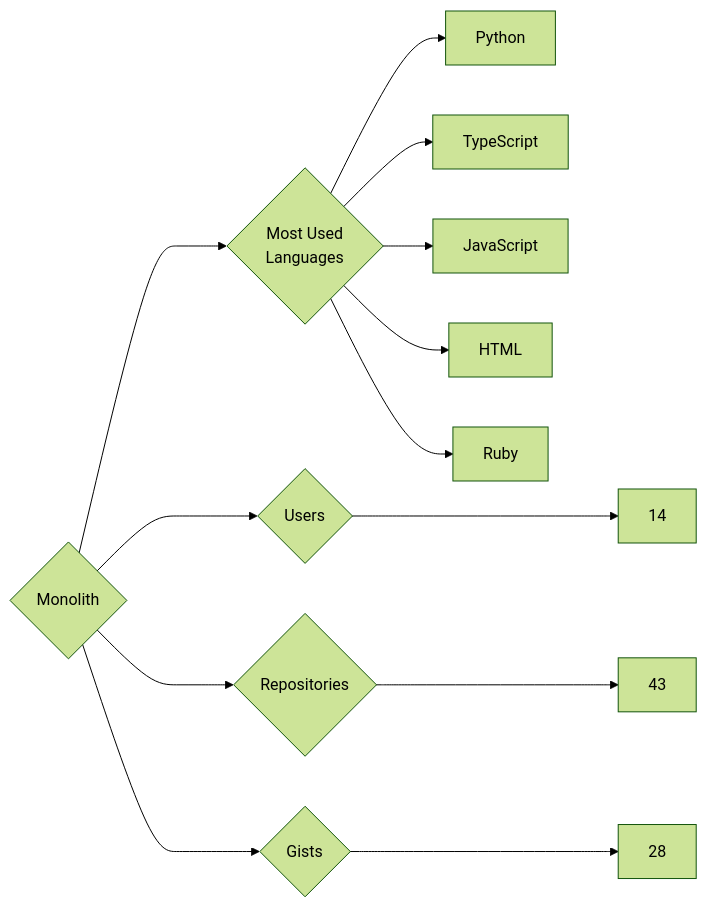
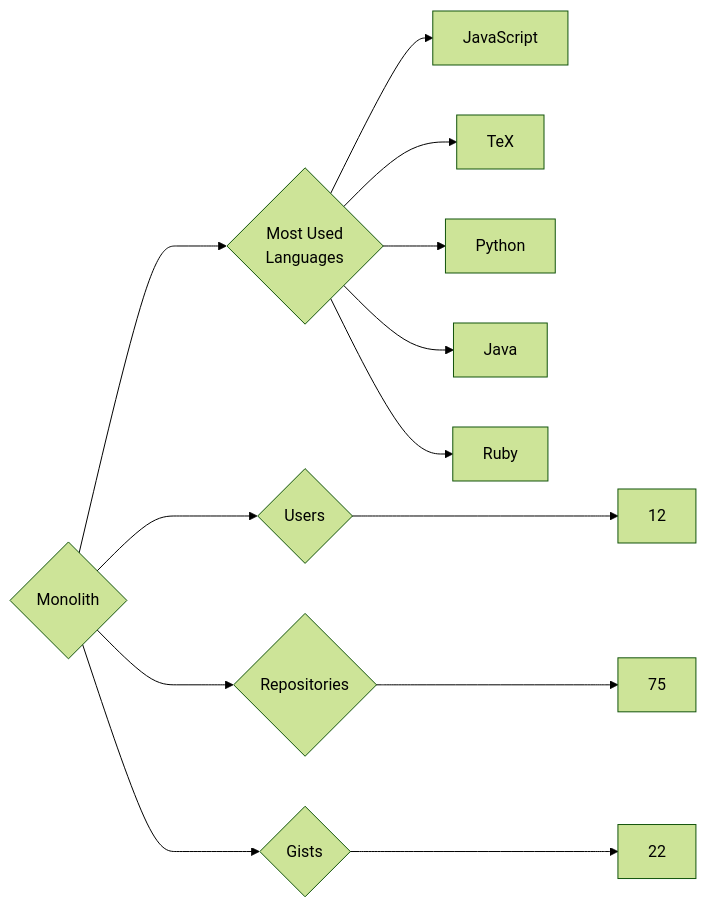
The diagram in targets/Monolith/README.md (trickest/insiders), drawn with Mermaid (forest theme) before and after one commit. The commit also changed 928 other files, not shown here.

````diff
--- a/targets/Monolith/README.md
+++ b/targets/Monolith/README.md
@@ -3,13 +3,13 @@
 ```mermaid
 graph LR
 COMPANY_NAME{Monolith}
-COMPANY_NAME ---> U{Users} ---> UN[14]
-COMPANY_NAME ---> R{Repositories} ---> RN[43]
-COMPANY_NAME ---> G{Gists} ---> GN[28]
+COMPANY_NAME ---> U{Users} ---> UN[12]
+COMPANY_NAME ---> R{Repositories} ---> RN[75]
+COMPANY_NAME ---> G{Gists} ---> GN[22]
 COMPANY_NAME ---> ML{Most Used<br>Languages}
+ML --> JavaScript[JavaScript]
+ML --> TeX[TeX]
 ML --> Python[Python]
-ML --> TypeScript[TypeScript]
-ML --> JavaScript[JavaScript]
-ML --> HTML[HTML]
+ML --> Java[Java]
 ML --> Ruby[Ruby]
 ```
````
